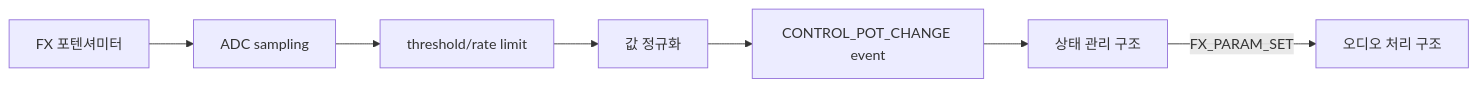
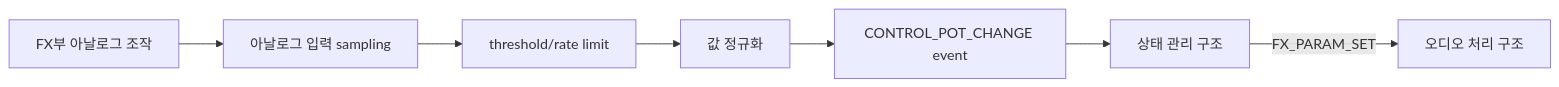
Before and after one commit to 10cheon00/rtos-loopstation: the fifth of 13 diagrams in docs/2-Architecture/ARCH-INPUT.md, drawn with Mermaid. The commit also changed other lines of this file and 1 other file, not shown here.

````diff
--- a/docs/2-Architecture/ARCH-INPUT.md
+++ b/docs/2-Architecture/ARCH-INPUT.md
@@ -169,13 +172,13 @@
 ```mermaid
 flowchart LR
-    Pot["FX 포텐셔미터"]
-    Adc["ADC sampling"]
+    Pot["FX부 아날로그 조작"]
+    Adc["아날로그 입력 sampling"]
     Filter["threshold/rate limit"]
     Normalize["값 정규화"]
     Event["CONTROL_POT_CHANGE event"]
     State["상태 관리 구조"]
     Audio["오디오 처리 구조"]
 
     Pot --> Adc --> Filter --> Normalize --> Event --> State
     State -->|FX_PARAM_SET| Audio
 ```
````
